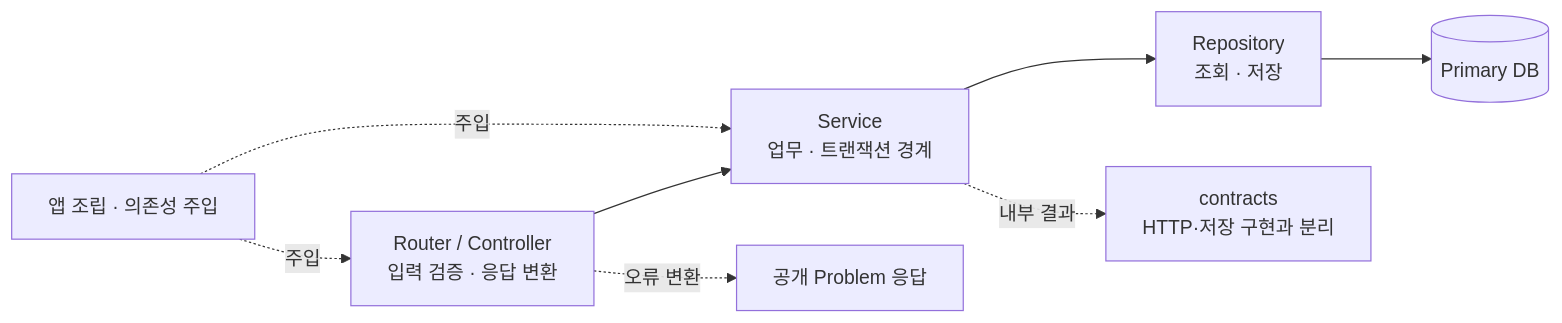
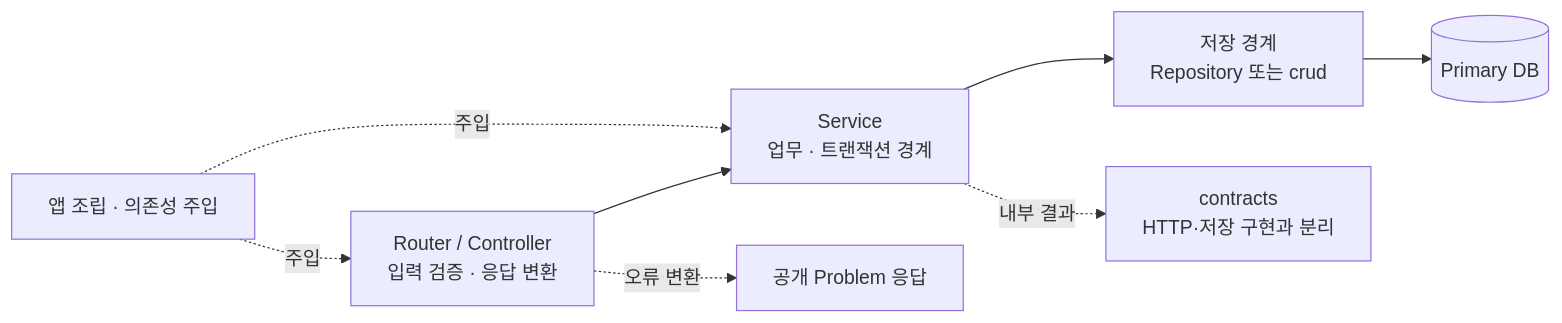
The first of 2 diagrams in README.md (Dae-Jeong/BackendTemplate), drawn with Mermaid before and after one commit. The commit also changed other lines of this file and 12 other files, not shown here.

````diff
--- a/README.md
+++ b/README.md
@@ -70,10 +70,10 @@
 ```mermaid
 flowchart LR
     DI["앱 조립 · 의존성 주입"] -. 주입 .-> HTTP["Router / Controller<br/>입력 검증 · 응답 변환"]
     DI -. 주입 .-> SVC["Service<br/>업무 · 트랜잭션 경계"]
     HTTP --> SVC
-    SVC --> REPO["Repository<br/>조회 · 저장"]
-    REPO --> DB[("Primary DB")]
+    SVC --> STORE["저장 경계<br/>Repository 또는 crud"]
+    STORE --> DB[("Primary DB")]
     SVC -. 내부 결과 .-> CONTRACT["contracts<br/>HTTP·저장 구현과 분리"]
     HTTP -. 오류 변환 .-> ERR["공개 Problem 응답"]
 ```
````
